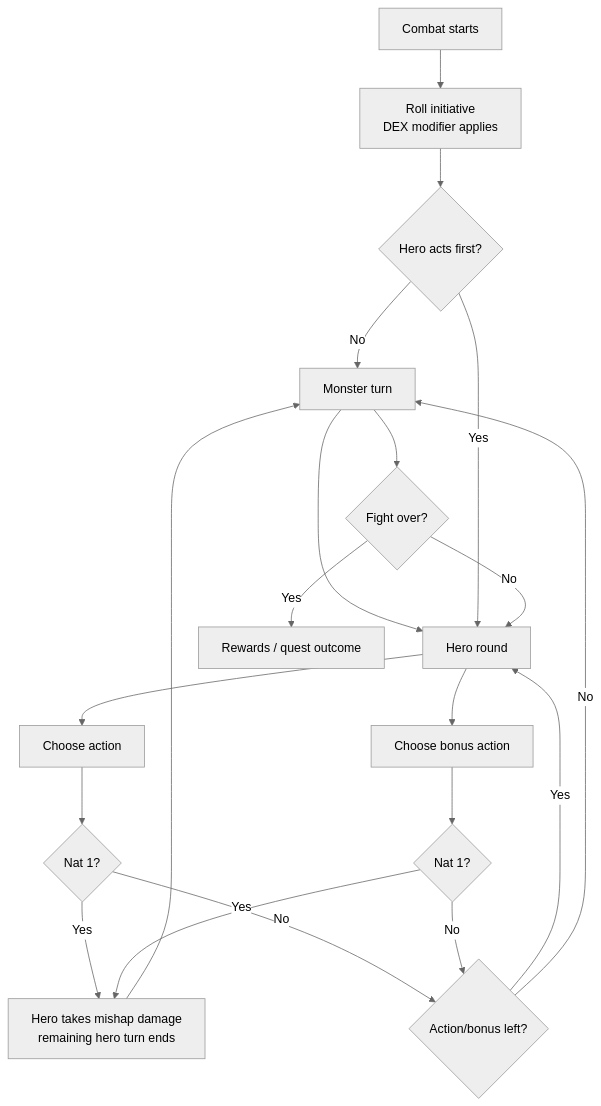
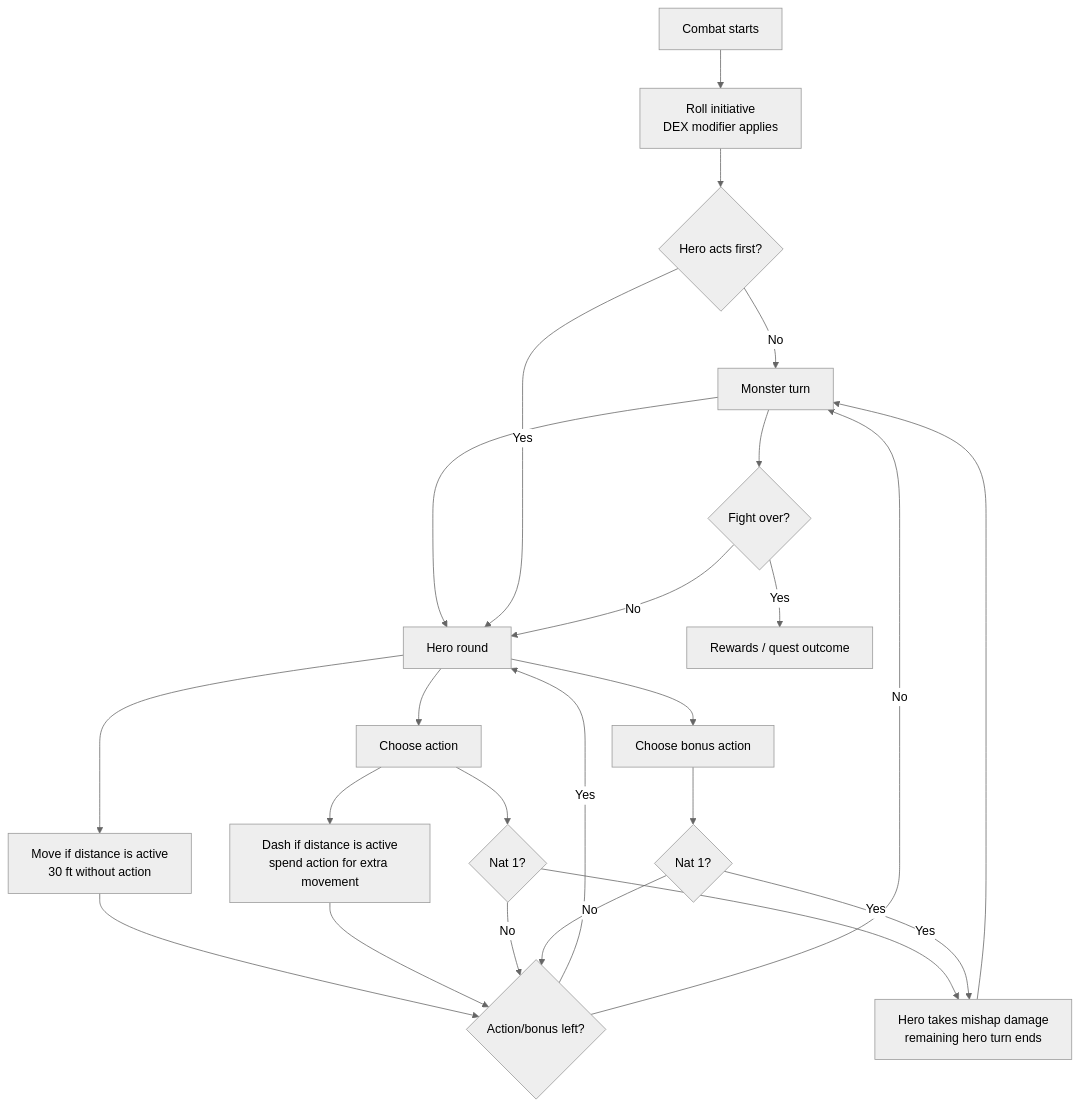
The first of 2 diagrams in docs/visual-combat-and-leveling.md (JesperYH24/dnd-git-adventure), drawn with Mermaid (neutral theme) before and after one commit. The commit also changed 9 other files, not shown here.

````diff
--- a/docs/visual-combat-and-leveling.md
+++ b/docs/visual-combat-and-leveling.md
@@ -5,25 +5,29 @@
 ```mermaid
 flowchart TD
     StartCombat["Combat starts"] --> Initiative["Roll initiative\nDEX modifier applies"]
     Initiative --> HeroTurn{"Hero acts first?"}
     HeroTurn -- "No" --> MonsterTurn["Monster turn"]
     MonsterTurn --> HeroRound["Hero round"]
     HeroTurn -- "Yes" --> HeroRound
 
     HeroRound --> ActionChoice["Choose action"]
     HeroRound --> BonusChoice["Choose bonus action"]
+    HeroRound --> MoveChoice["Move if distance is active\n30 ft without action"]
+    ActionChoice --> DashChoice["Dash if distance is active\nspend action for extra movement"]
     ActionChoice --> ActionResult{"Nat 1?"}
     BonusChoice --> BonusResult{"Nat 1?"}
+    MoveChoice --> ContinueTurn
+    DashChoice --> ContinueTurn
 
     ActionResult -- "Yes" --> CritFail["Hero takes mishap damage\nremaining hero turn ends"]
     BonusResult -- "Yes" --> CritFail
     ActionResult -- "No" --> ContinueTurn{"Action/bonus left?"}
     BonusResult -- "No" --> ContinueTurn
     ContinueTurn -- "Yes" --> HeroRound
     ContinueTurn -- "No" --> MonsterTurn
 
     MonsterTurn --> CombatEnd{"Fight over?"}
     CritFail --> MonsterTurn
     CombatEnd -- "No" --> HeroRound
     CombatEnd -- "Yes" --> Rewards["Rewards / quest outcome"]
 ```
````
